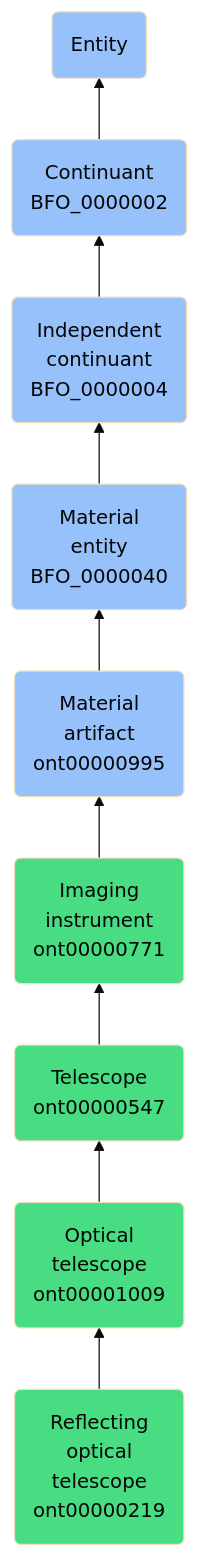
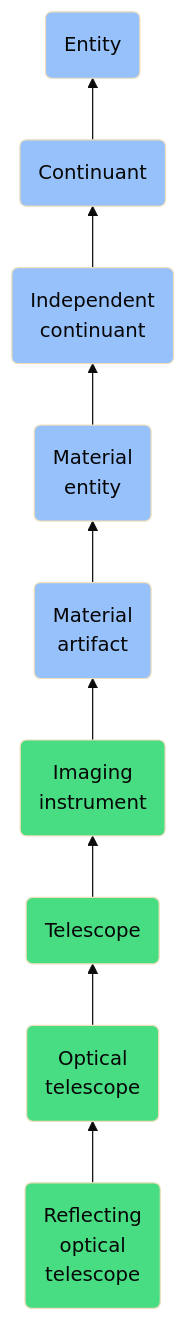
One commit to jupyter-naas/abi changed the diagram in docs/ontology/reference/model/Entity/Continuant/Independent continuant/Material entity/Material artifact/Imaging instrument/Telescope/Optical telescope/Reflecting optical telescope/Reflecting optical telescope.md. Above: the diagram before and after it, drawn with Mermaid (base theme). The commit also changed other lines of this file and 1430 other files, not shown here.

````diff
--- a/docs/ontology/reference/model/Entity/Continuant/Independent continuant/Material entity/Material artifact/Imaging instrument/Telescope/Optical telescope/Reflecting optical telescope/Reflecting optical telescope.md
+++ b/docs/ontology/reference/model/Entity/Continuant/Independent continuant/Material entity/Material artifact/Imaging instrument/Telescope/Optical telescope/Reflecting optical telescope/Reflecting optical telescope.md
@@ -25,16 +25,16 @@
 ```mermaid
 graph BT
-    ont00000219(Reflecting<br>optical<br>telescope<br>ont00000219):::ABI-->ont00001009
-    ont00001009(Optical<br>telescope<br>ont00001009):::ABI-->ont00000547
-    ont00000547(Telescope<br>ont00000547):::ABI-->ont00000771
-    ont00000771(Imaging<br>instrument<br>ont00000771):::ABI-->ont00000995
-    ont00000995(Material<br>artifact<br>ont00000995):::BFO-->BFO_0000040
-    BFO_0000040(Material<br>entity<br>BFO_0000040):::BFO-->BFO_0000004
-    BFO_0000004(Independent<br>continuant<br>BFO_0000004):::BFO-->BFO_0000002
-    BFO_0000002(Continuant<br>BFO_0000002):::BFO-->BFO_0000001
+    ont00000219(Reflecting<br>optical<br>telescope):::ABI-->ont00001009
+    ont00001009(Optical<br>telescope):::ABI-->ont00000547
+    ont00000547(Telescope):::ABI-->ont00000771
+    ont00000771(Imaging<br>instrument):::ABI-->ont00000995
+    ont00000995(Material<br>artifact):::BFO-->BFO_0000040
+    BFO_0000040(Material<br>entity):::BFO-->BFO_0000004
+    BFO_0000004(Independent<br>continuant):::BFO-->BFO_0000002
+    BFO_0000002(Continuant):::BFO-->BFO_0000001
     BFO_0000001(Entity):::BFO
     
     classDef BFO fill:#97c1fb,color:#060606
     classDef CCO fill:#e4c51e,color:#060606
     classDef ABI fill:#48DD82,color:#060606
 ```
````
